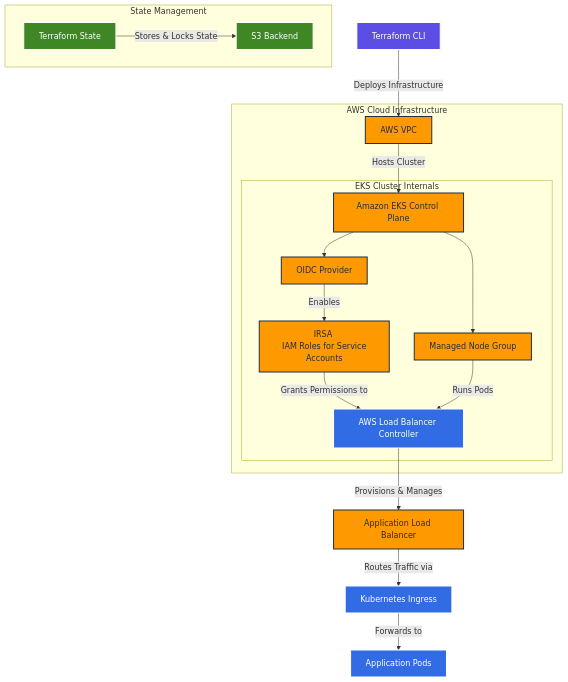
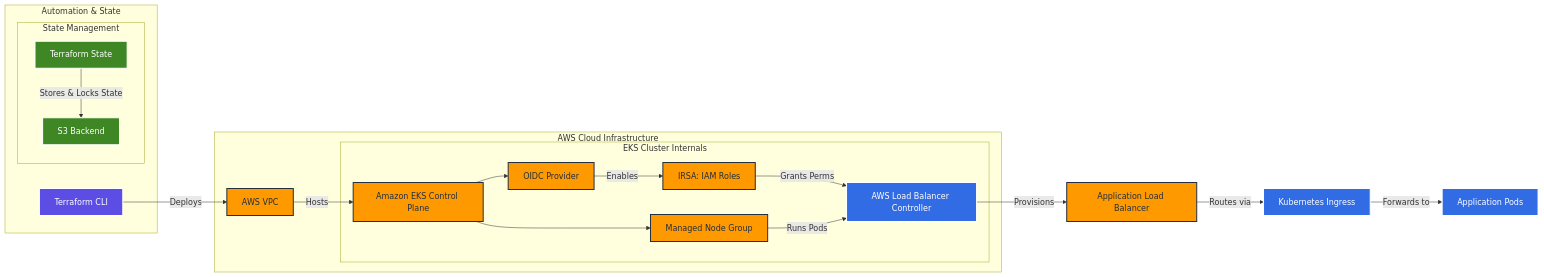
Before and after one commit to whosthefunkyy/aws-eks-infrastructure: the diagram in README.md, drawn with Mermaid.

````diff
--- a/README.md
+++ b/README.md
@@ -1,37 +1,38 @@
 ```mermaid
-graph TD
-    %% Block Styling
+graph LR
+    %% Base Styling
     classDef tf fill:#5C4EE5,stroke:#fff,stroke-width:2px,color:#fff;
     classDef aws fill:#FF9900,stroke:#232F3E,stroke-width:2px,color:#232F3E;
     classDef k8s fill:#326CE5,stroke:#fff,stroke-width:2px,color:#fff;
     classDef storage fill:#3F8624,stroke:#fff,stroke-width:2px,color:#fff;
 
-    %% State Management
-    subgraph State_Management [State Management]
-        TF_State[Terraform State]:::storage -->|Stores & Locks State| S3[S3 Backend]:::storage
+    %% Left Side: Management & Automation
+    subgraph Management [Automation & State]
+        TF[Terraform CLI]:::tf
+        subgraph State_Management [State Management]
+            TF_State[Terraform State]:::storage -->|Stores & Locks State| S3[S3 Backend]:::storage
+        end
     end
 
-    %% Main Automation Flow
-    TF[Terraform CLI]:::tf -->|Deploys Infrastructure| VPC[AWS VPC]:::aws
+    %% Main Flow to Infrastructure
+    TF -->|Deploys| VPC[AWS VPC]:::aws
 
+    %% Cloud Infrastructure
     subgraph AWS_Cloud [AWS Cloud Infrastructure]
-        VPC -->|Hosts Cluster| EKS[Amazon EKS Control Plane]:::aws
+        VPC -->|Hosts| EKS[Amazon EKS Control Plane]:::aws
         
         subgraph EKS_Cluster [EKS Cluster Internals]
+            EKS --> OIDC[OIDC Provider]:::aws
+            OIDC -->|Enables| IRSA[IRSA: IAM Roles]:::aws
+            IRSA -->|Grants Perms| LBC[AWS Load Balancer Controller]:::k8s
+            
             EKS --> MNG[Managed Node Group]:::aws
-            EKS --> OIDC[OIDC Provider]:::aws
-            OIDC -->|Enables| IRSA[IRSA <br> IAM Roles for Service Accounts]:::aws
-            
-            IRSA -->|Grants Permissions to| LBC[AWS Load Balancer Controller]:::k8s
             MNG -->|Runs Pods| LBC
         end
     end
 
-    %% Network Traffic & Ingress
-    LBC -->|Provisions & Manages| ALB[Application Load Balancer]:::aws
-    ALB -->|Routes Traffic via| Ingress[Kubernetes Ingress]:::k8s
+    %% Right Side: Traffic Flow
+    LBC -->|Provisions| ALB[Application Load Balancer]:::aws
+    ALB -->|Routes via| Ingress[Kubernetes Ingress]:::k8s
     Ingress -->|Forwards to| Pods[Application Pods]:::k8s
-
-    %% Style Class Binding
-    class TF tf;
 ```
````
